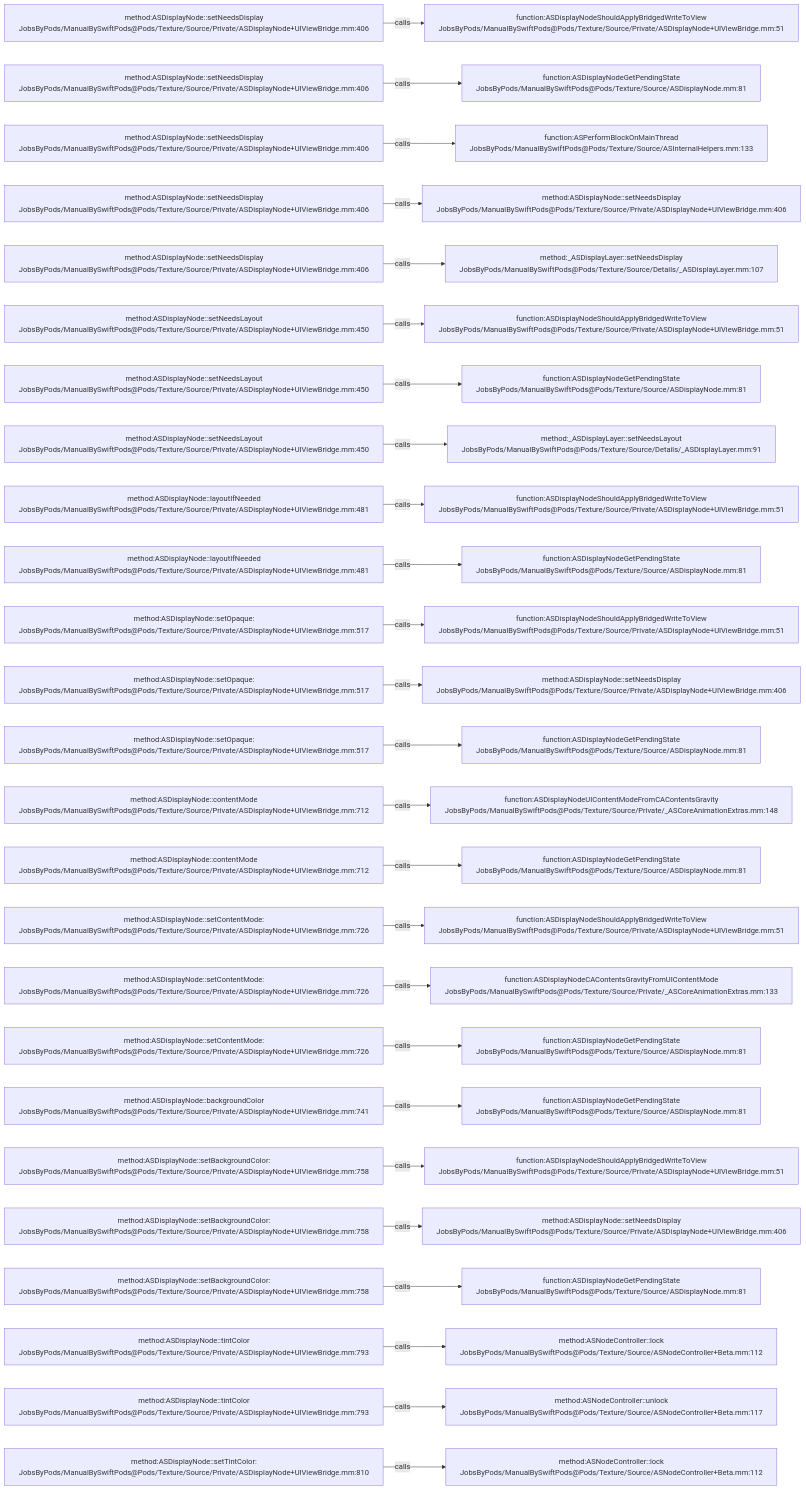
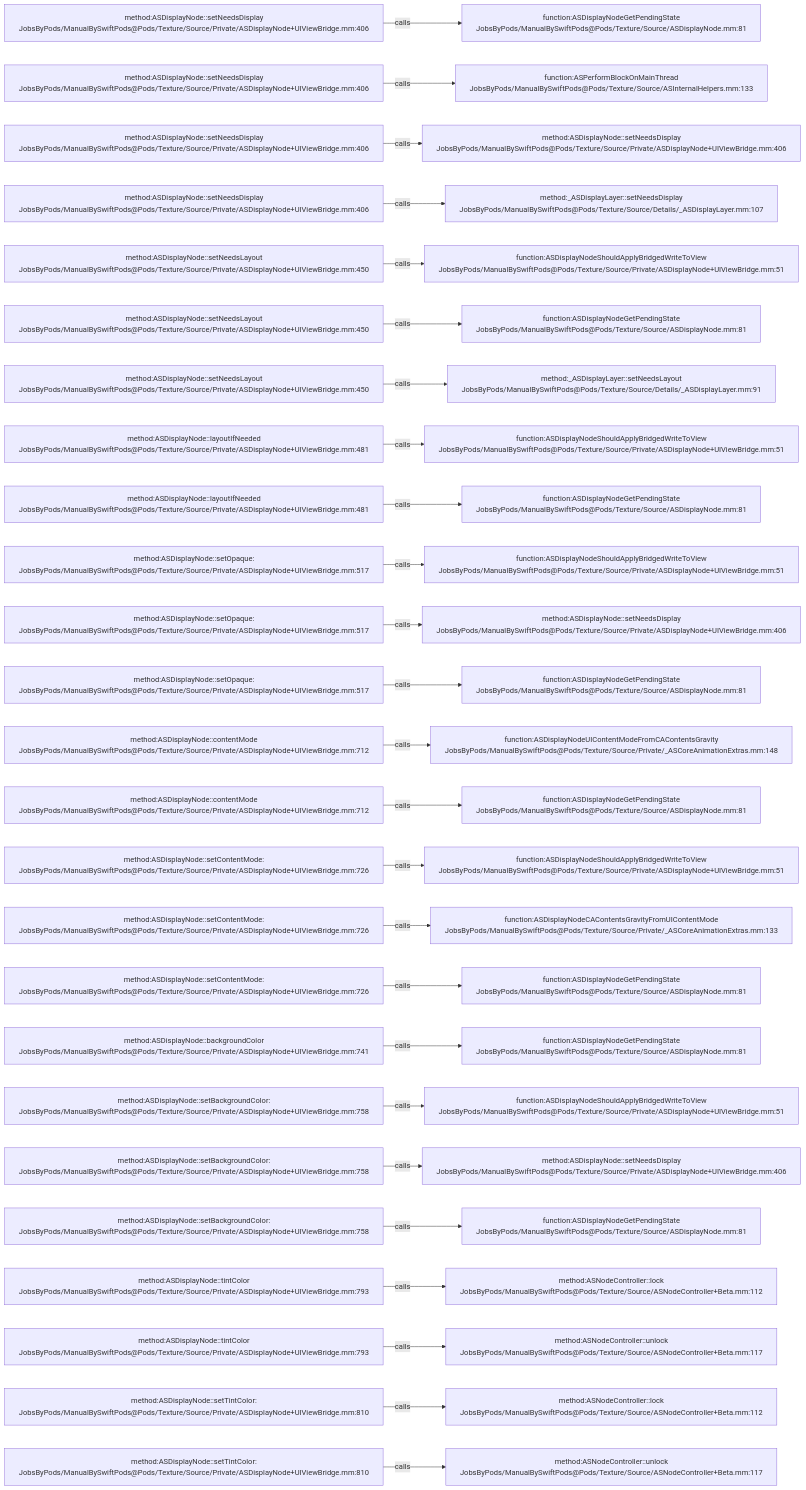
One commit to JobsKits/JobsSwiftBaseConfigDemo changed the diagram in .codegraph/codegraph.md/graphs/calls-119.md. Above: the diagram before and after it, drawn with Mermaid. The commit also changed 747 other files, not shown here.

````diff
--- a/.codegraph/codegraph.md/graphs/calls-119.md
+++ b/.codegraph/codegraph.md/graphs/calls-119.md
@@ -13,78 +13,78 @@
 ```mermaid
 flowchart LR
   S1["method:ASDisplayNode::setNeedsDisplay<br/>JobsByPods/ManualBySwiftPods@Pods/Texture/Source/Private/ASDisplayNode+UIViewBridge.mm:406"]
-  T1["function:ASDisplayNodeShouldApplyBridgedWriteToView<br/>JobsByPods/ManualBySwiftPods@Pods/Texture/Source/Private/ASDisplayNode+UIViewBridge.mm:51"]
+  T1["function:ASDisplayNodeGetPendingState<br/>JobsByPods/ManualBySwiftPods@Pods/Texture/Source/ASDisplayNode.mm:81"]
   S1 -->|calls| T1
   S2["method:ASDisplayNode::setNeedsDisplay<br/>JobsByPods/ManualBySwiftPods@Pods/Texture/Source/Private/ASDisplayNode+UIViewBridge.mm:406"]
-  T2["function:ASDisplayNodeGetPendingState<br/>JobsByPods/ManualBySwiftPods@Pods/Texture/Source/ASDisplayNode.mm:81"]
+  T2["function:ASPerformBlockOnMainThread<br/>JobsByPods/ManualBySwiftPods@Pods/Texture/Source/ASInternalHelpers.mm:133"]
   S2 -->|calls| T2
   S3["method:ASDisplayNode::setNeedsDisplay<br/>JobsByPods/ManualBySwiftPods@Pods/Texture/Source/Private/ASDisplayNode+UIViewBridge.mm:406"]
-  T3["function:ASPerformBlockOnMainThread<br/>JobsByPods/ManualBySwiftPods@Pods/Texture/Source/ASInternalHelpers.mm:133"]
+  T3["method:ASDisplayNode::setNeedsDisplay<br/>JobsByPods/ManualBySwiftPods@Pods/Texture/Source/Private/ASDisplayNode+UIViewBridge.mm:406"]
   S3 -->|calls| T3
   S4["method:ASDisplayNode::setNeedsDisplay<br/>JobsByPods/ManualBySwiftPods@Pods/Texture/Source/Private/ASDisplayNode+UIViewBridge.mm:406"]
-  T4["method:ASDisplayNode::setNeedsDisplay<br/>JobsByPods/ManualBySwiftPods@Pods/Texture/Source/Private/ASDisplayNode+UIViewBridge.mm:406"]
+  T4["method:_ASDisplayLayer::setNeedsDisplay<br/>JobsByPods/ManualBySwiftPods@Pods/Texture/Source/Details/_ASDisplayLayer.mm:107"]
   S4 -->|calls| T4
-  S5["method:ASDisplayNode::setNeedsDisplay<br/>JobsByPods/ManualBySwiftPods@Pods/Texture/Source/Private/ASDisplayNode+UIViewBridge.mm:406"]
-  T5["method:_ASDisplayLayer::setNeedsDisplay<br/>JobsByPods/ManualBySwiftPods@Pods/Texture/Source/Details/_ASDisplayLayer.mm:107"]
+  S5["method:ASDisplayNode::setNeedsLayout<br/>JobsByPods/ManualBySwiftPods@Pods/Texture/Source/Private/ASDisplayNode+UIViewBridge.mm:450"]
+  T5["function:ASDisplayNodeShouldApplyBridgedWriteToView<br/>JobsByPods/ManualBySwiftPods@Pods/Texture/Source/Private/ASDisplayNode+UIViewBridge.mm:51"]
   S5 -->|calls| T5
   S6["method:ASDisplayNode::setNeedsLayout<br/>JobsByPods/ManualBySwiftPods@Pods/Texture/Source/Private/ASDisplayNode+UIViewBridge.mm:450"]
-  T6["function:ASDisplayNodeShouldApplyBridgedWriteToView<br/>JobsByPods/ManualBySwiftPods@Pods/Texture/Source/Private/ASDisplayNode+UIViewBridge.mm:51"]
+  T6["function:ASDisplayNodeGetPendingState<br/>JobsByPods/ManualBySwiftPods@Pods/Texture/Source/ASDisplayNode.mm:81"]
   S6 -->|calls| T6
   S7["method:ASDisplayNode::setNeedsLayout<br/>JobsByPods/ManualBySwiftPods@Pods/Texture/Source/Private/ASDisplayNode+UIViewBridge.mm:450"]
-  T7["function:ASDisplayNodeGetPendingState<br/>JobsByPods/ManualBySwiftPods@Pods/Texture/Source/ASDisplayNode.mm:81"]
+  T7["method:_ASDisplayLayer::setNeedsLayout<br/>JobsByPods/ManualBySwiftPods@Pods/Texture/Source/Details/_ASDisplayLayer.mm:91"]
   S7 -->|calls| T7
-  S8["method:ASDisplayNode::setNeedsLayout<br/>JobsByPods/ManualBySwiftPods@Pods/Texture/Source/Private/ASDisplayNode+UIViewBridge.mm:450"]
-  T8["method:_ASDisplayLayer::setNeedsLayout<br/>JobsByPods/ManualBySwiftPods@Pods/Texture/Source/Details/_ASDisplayLayer.mm:91"]
+  S8["method:ASDisplayNode::layoutIfNeeded<br/>JobsByPods/ManualBySwiftPods@Pods/Texture/Source/Private/ASDisplayNode+UIViewBridge.mm:481"]
+  T8["function:ASDisplayNodeShouldApplyBridgedWriteToView<br/>JobsByPods/ManualBySwiftPods@Pods/Texture/Source/Private/ASDisplayNode+UIViewBridge.mm:51"]
   S8 -->|calls| T8
   S9["method:ASDisplayNode::layoutIfNeeded<br/>JobsByPods/ManualBySwiftPods@Pods/Texture/Source/Private/ASDisplayNode+UIViewBridge.mm:481"]
-  T9["function:ASDisplayNodeShouldApplyBridgedWriteToView<br/>JobsByPods/ManualBySwiftPods@Pods/Texture/Source/Private/ASDisplayNode+UIViewBridge.mm:51"]
+  T9["function:ASDisplayNodeGetPendingState<br/>JobsByPods/ManualBySwiftPods@Pods/Texture/Source/ASDisplayNode.mm:81"]
   S9 -->|calls| T9
-  S10["method:ASDisplayNode::layoutIfNeeded<br/>JobsByPods/ManualBySwiftPods@Pods/Texture/Source/Private/ASDisplayNode+UIViewBridge.mm:481"]
-  T10["function:ASDisplayNodeGetPendingState<br/>JobsByPods/ManualBySwiftPods@Pods/Texture/Source/ASDisplayNode.mm:81"]
+  S10["method:ASDisplayNode::setOpaque:<br/>JobsByPods/ManualBySwiftPods@Pods/Texture/Source/Private/ASDisplayNode+UIViewBridge.mm:517"]
+  T10["function:ASDisplayNodeShouldApplyBridgedWriteToView<br/>JobsByPods/ManualBySwiftPods@Pods/Texture/Source/Private/ASDisplayNode+UIViewBridge.mm:51"]
   S10 -->|calls| T10
   S11["method:ASDisplayNode::setOpaque:<br/>JobsByPods/ManualBySwiftPods@Pods/Texture/Source/Private/ASDisplayNode+UIViewBridge.mm:517"]
-  T11["function:ASDisplayNodeShouldApplyBridgedWriteToView<br/>JobsByPods/ManualBySwiftPods@Pods/Texture/Source/Private/ASDisplayNode+UIViewBridge.mm:51"]
+  T11["method:ASDisplayNode::setNeedsDisplay<br/>JobsByPods/ManualBySwiftPods@Pods/Texture/Source/Private/ASDisplayNode+UIViewBridge.mm:406"]
   S11 -->|calls| T11
   S12["method:ASDisplayNode::setOpaque:<br/>JobsByPods/ManualBySwiftPods@Pods/Texture/Source/Private/ASDisplayNode+UIViewBridge.mm:517"]
-  T12["method:ASDisplayNode::setNeedsDisplay<br/>JobsByPods/ManualBySwiftPods@Pods/Texture/Source/Private/ASDisplayNode+UIViewBridge.mm:406"]
+  T12["function:ASDisplayNodeGetPendingState<br/>JobsByPods/ManualBySwiftPods@Pods/Texture/Source/ASDisplayNode.mm:81"]
   S12 -->|calls| T12
-  S13["method:ASDisplayNode::setOpaque:<br/>JobsByPods/ManualBySwiftPods@Pods/Texture/Source/Private/ASDisplayNode+UIViewBridge.mm:517"]
-  T13["function:ASDisplayNodeGetPendingState<br/>JobsByPods/ManualBySwiftPods@Pods/Texture/Source/ASDisplayNode.mm:81"]
+  S13["method:ASDisplayNode::contentMode<br/>JobsByPods/ManualBySwiftPods@Pods/Texture/Source/Private/ASDisplayNode+UIViewBridge.mm:712"]
+  T13["function:ASDisplayNodeUIContentModeFromCAContentsGravity<br/>JobsByPods/ManualBySwiftPods@Pods/Texture/Source/Private/_ASCoreAnimationExtras.mm:148"]
   S13 -->|calls| T13
   S14["method:ASDisplayNode::contentMode<br/>JobsByPods/ManualBySwiftPods@Pods/Texture/Source/Private/ASDisplayNode+UIViewBridge.mm:712"]
-  T14["function:ASDisplayNodeUIContentModeFromCAContentsGravity<br/>JobsByPods/ManualBySwiftPods@Pods/Texture/Source/Private/_ASCoreAnimationExtras.mm:148"]
+  T14["function:ASDisplayNodeGetPendingState<br/>JobsByPods/ManualBySwiftPods@Pods/Texture/Source/ASDisplayNode.mm:81"]
   S14 -->|calls| T14
-  S15["method:ASDisplayNode::contentMode<br/>JobsByPods/ManualBySwiftPods@Pods/Texture/Source/Private/ASDisplayNode+UIViewBridge.mm:712"]
-  T15["function:ASDisplayNodeGetPendingState<br/>JobsByPods/ManualBySwiftPods@Pods/Texture/Source/ASDisplayNode.mm:81"]
+  S15["method:ASDisplayNode::setContentMode:<br/>JobsByPods/ManualBySwiftPods@Pods/Texture/Source/Private/ASDisplayNode+UIViewBridge.mm:726"]
+  T15["function:ASDisplayNodeShouldApplyBridgedWriteToView<br/>JobsByPods/ManualBySwiftPods@Pods/Texture/Source/Private/ASDisplayNode+UIViewBridge.mm:51"]
   S15 -->|calls| T15
   S16["method:ASDisplayNode::setContentMode:<br/>JobsByPods/ManualBySwiftPods@Pods/Texture/Source/Private/ASDisplayNode+UIViewBridge.mm:726"]
-  T16["function:ASDisplayNodeShouldApplyBridgedWriteToView<br/>JobsByPods/ManualBySwiftPods@Pods/Texture/Source/Private/ASDisplayNode+UIViewBridge.mm:51"]
+  T16["function:ASDisplayNodeCAContentsGravityFromUIContentMode<br/>JobsByPods/ManualBySwiftPods@Pods/Texture/Source/Private/_ASCoreAnimationExtras.mm:133"]
   S16 -->|calls| T16
   S17["method:ASDisplayNode::setContentMode:<br/>JobsByPods/ManualBySwiftPods@Pods/Texture/Source/Private/ASDisplayNode+UIViewBridge.mm:726"]
-  T17["function:ASDisplayNodeCAContentsGravityFromUIContentMode<br/>JobsByPods/ManualBySwiftPods@Pods/Texture/Source/Private/_ASCoreAnimationExtras.mm:133"]
+  T17["function:ASDisplayNodeGetPendingState<br/>JobsByPods/ManualBySwiftPods@Pods/Texture/Source/ASDisplayNode.mm:81"]
   S17 -->|calls| T17
-  S18["method:ASDisplayNode::setContentMode:<br/>JobsByPods/ManualBySwiftPods@Pods/Texture/Source/Private/ASDisplayNode+UIViewBridge.mm:726"]
+  S18["method:ASDisplayNode::backgroundColor<br/>JobsByPods/ManualBySwiftPods@Pods/Texture/Source/Private/ASDisplayNode+UIViewBridge.mm:741"]
   T18["function:ASDisplayNodeGetPendingState<br/>JobsByPods/ManualBySwiftPods@Pods/Texture/Source/ASDisplayNode.mm:81"]
   S18 -->|calls| T18
-  S19["method:ASDisplayNode::backgroundColor<br/>JobsByPods/ManualBySwiftPods@Pods/Texture/Source/Private/ASDisplayNode+UIViewBridge.mm:741"]
-  T19["function:ASDisplayNodeGetPendingState<br/>JobsByPods/ManualBySwiftPods@Pods/Texture/Source/ASDisplayNode.mm:81"]
+  S19["method:ASDisplayNode::setBackgroundColor:<br/>JobsByPods/ManualBySwiftPods@Pods/Texture/Source/Private/ASDisplayNode+UIViewBridge.mm:758"]
+  T19["function:ASDisplayNodeShouldApplyBridgedWriteToView<br/>JobsByPods/ManualBySwiftPods@Pods/Texture/Source/Private/ASDisplayNode+UIViewBridge.mm:51"]
   S19 -->|calls| T19
   S20["method:ASDisplayNode::setBackgroundColor:<br/>JobsByPods/ManualBySwiftPods@Pods/Texture/Source/Private/ASDisplayNode+UIViewBridge.mm:758"]
-  T20["function:ASDisplayNodeShouldApplyBridgedWriteToView<br/>JobsByPods/ManualBySwiftPods@Pods/Texture/Source/Private/ASDisplayNode+UIViewBridge.mm:51"]
+  T20["method:ASDisplayNode::setNeedsDisplay<br/>JobsByPods/ManualBySwiftPods@Pods/Texture/Source/Private/ASDisplayNode+UIViewBridge.mm:406"]
   S20 -->|calls| T20
   S21["method:ASDisplayNode::setBackgroundColor:<br/>JobsByPods/ManualBySwiftPods@Pods/Texture/Source/Private/ASDisplayNode+UIViewBridge.mm:758"]
-  T21["method:ASDisplayNode::setNeedsDisplay<br/>JobsByPods/ManualBySwiftPods@Pods/Texture/Source/Private/ASDisplayNode+UIViewBridge.mm:406"]
+  T21["function:ASDisplayNodeGetPendingState<br/>JobsByPods/ManualBySwiftPods@Pods/Texture/Source/ASDisplayNode.mm:81"]
   S21 -->|calls| T21
-  S22["method:ASDisplayNode::setBackgroundColor:<br/>JobsByPods/ManualBySwiftPods@Pods/Texture/Source/Private/ASDisplayNode+UIViewBridge.mm:758"]
-  T22["function:ASDisplayNodeGetPendingState<br/>JobsByPods/ManualBySwiftPods@Pods/Texture/Source/ASDisplayNode.mm:81"]
+  S22["method:ASDisplayNode::tintColor<br/>JobsByPods/ManualBySwiftPods@Pods/Texture/Source/Private/ASDisplayNode+UIViewBridge.mm:793"]
+  T22["method:ASNodeController::lock<br/>JobsByPods/ManualBySwiftPods@Pods/Texture/Source/ASNodeController+Beta.mm:112"]
   S22 -->|calls| T22
   S23["method:ASDisplayNode::tintColor<br/>JobsByPods/ManualBySwiftPods@Pods/Texture/Source/Private/ASDisplayNode+UIViewBridge.mm:793"]
-  T23["method:ASNodeController::lock<br/>JobsByPods/ManualBySwiftPods@Pods/Texture/Source/ASNodeController+Beta.mm:112"]
+  T23["method:ASNodeController::unlock<br/>JobsByPods/ManualBySwiftPods@Pods/Texture/Source/ASNodeController+Beta.mm:117"]
   S23 -->|calls| T23
-  S24["method:ASDisplayNode::tintColor<br/>JobsByPods/ManualBySwiftPods@Pods/Texture/Source/Private/ASDisplayNode+UIViewBridge.mm:793"]
-  T24["method:ASNodeController::unlock<br/>JobsByPods/ManualBySwiftPods@Pods/Texture/Source/ASNodeController+Beta.mm:117"]
+  S24["method:ASDisplayNode::setTintColor:<br/>JobsByPods/ManualBySwiftPods@Pods/Texture/Source/Private/ASDisplayNode+UIViewBridge.mm:810"]
+  T24["method:ASNodeController::lock<br/>JobsByPods/ManualBySwiftPods@Pods/Texture/Source/ASNodeController+Beta.mm:112"]
   S24 -->|calls| T24
   S25["method:ASDisplayNode::setTintColor:<br/>JobsByPods/ManualBySwiftPods@Pods/Texture/Source/Private/ASDisplayNode+UIViewBridge.mm:810"]
-  T25["method:ASNodeController::lock<br/>JobsByPods/ManualBySwiftPods@Pods/Texture/Source/ASNodeController+Beta.mm:112"]
+  T25["method:ASNodeController::unlock<br/>JobsByPods/ManualBySwiftPods@Pods/Texture/Source/ASNodeController+Beta.mm:117"]
   S25 -->|calls| T25
 ```
````
